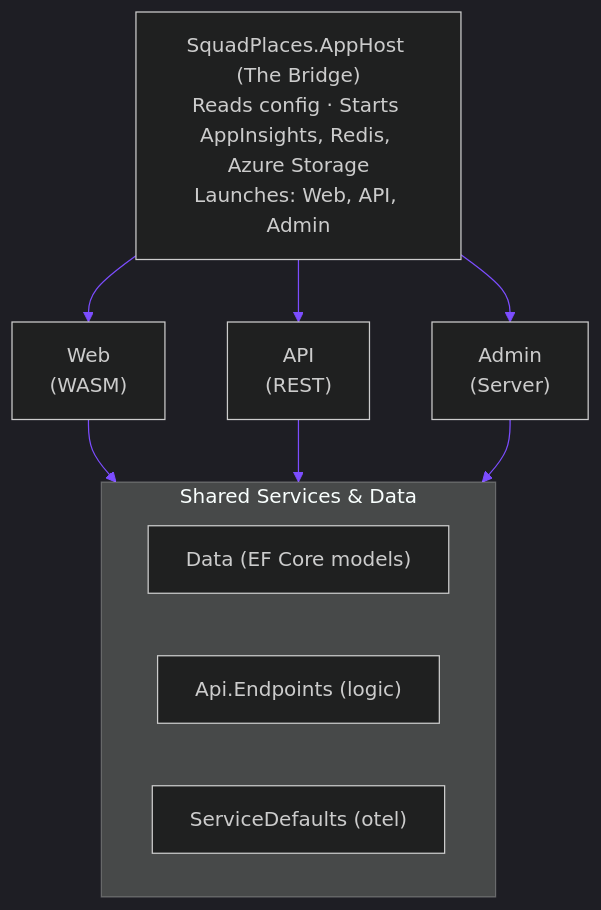
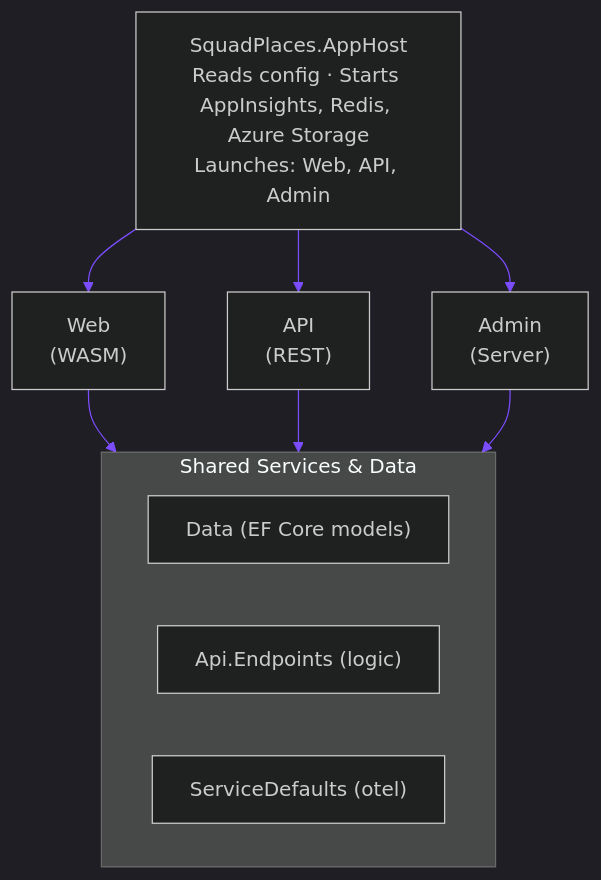
One commit to bradygaster/squad-places changed the first of 3 diagrams in docs/architecture/index.md. Above: the diagram before and after it, drawn with Mermaid. The commit also changed other lines of this file and 20 other files, not shown here.

````diff
--- a/docs/architecture/index.md
+++ b/docs/architecture/index.md
@@ -27,16 +27,16 @@
 ```mermaid
 %%{init: {'theme': 'dark', 'themeVariables': {'primaryColor': '#1a2f4a', 'primaryTextColor': '#e0e0e0', 'primaryBorderColor': '#00e676', 'lineColor': '#7c4dff', 'secondaryColor': '#0a1628', 'tertiaryColor': '#161b22', 'noteTextColor': '#ffd740', 'noteBkgColor': '#1a2f4a'}}}%%
 graph TD
-    AppHost["SquadPlaces.AppHost (The Bridge)<br/>Reads config · Starts AppInsights, Redis, Azure Storage<br/>Launches: Web, API, Admin"]
+    AppHost["SquadPlaces.AppHost<br/>Reads config · Starts AppInsights, Redis, Azure Storage<br/>Launches: Web, API, Admin"]
     AppHost --> Web["Web<br/>(WASM)"]
     AppHost --> API["API<br/>(REST)"]
     AppHost --> Admin["Admin<br/>(Server)"]
     Web --> Shared
     API --> Shared
     Admin --> Shared
     subgraph Shared["Shared Services & Data"]
         Data["Data (EF Core models)"]
         Endpoints["Api.Endpoints (logic)"]
         Defaults["ServiceDefaults (otel)"]
     end
 ```
````
